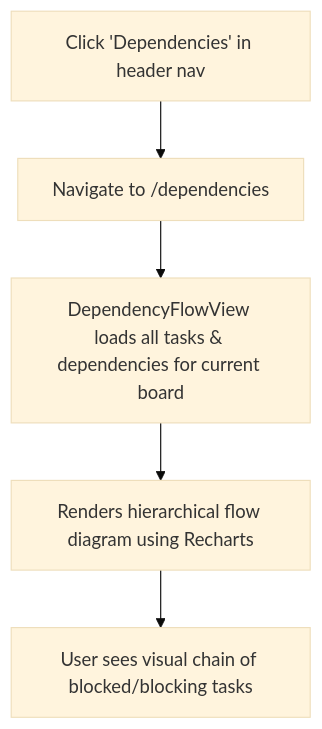
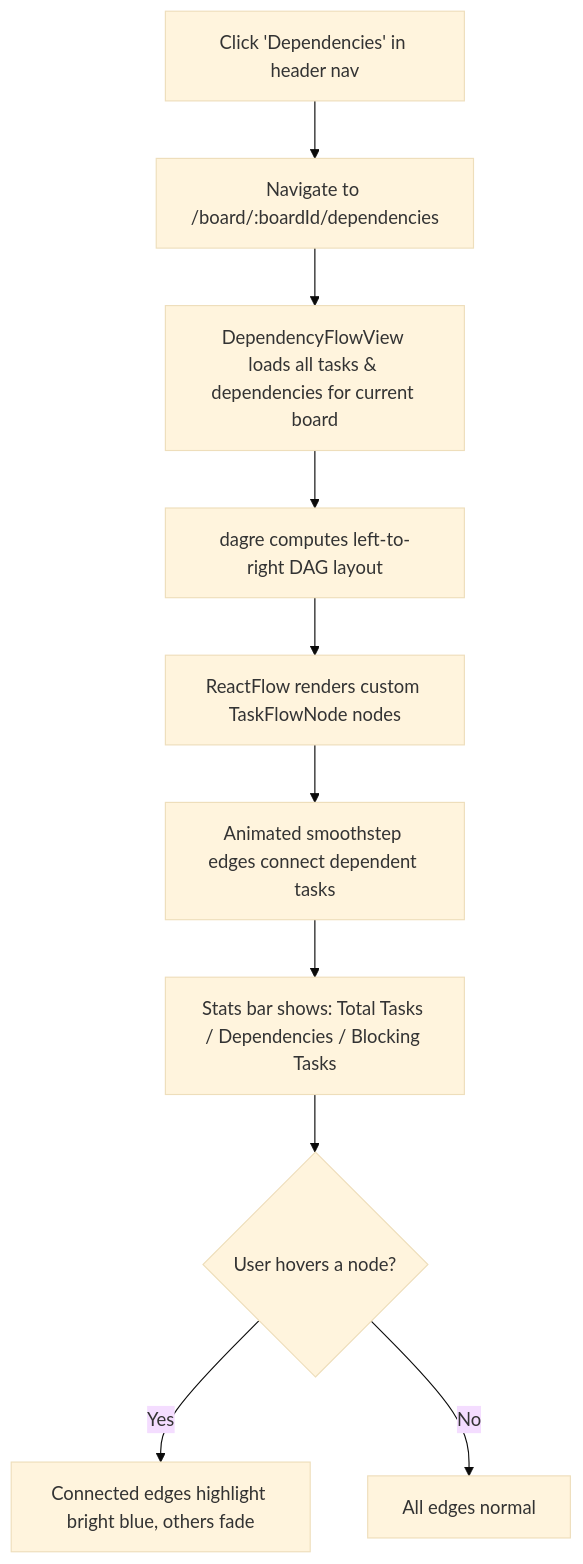
Before and after one commit to PrakritOjha/flowlink-tasks: diagram 17 of 31 in userflow.md, drawn with Mermaid (base theme). The commit also changed other lines of this file and 4 other files, not shown here.

First line of the commit message:
feat: Update user flow documentation with detailed steps for account creation, sign in, and board management

````diff
--- a/userflow.md
+++ b/userflow.md
@@ -160,7 +258,12 @@
 ```mermaid
 flowchart TD
-    A[Click 'Dependencies' in header nav] --> B[Navigate to /dependencies]
+    A[Click 'Dependencies' in header nav] --> B[Navigate to /board/:boardId/dependencies]
     B --> C[DependencyFlowView loads all tasks & dependencies for current board]
-    C --> D[Renders hierarchical flow diagram using Recharts]
-    D --> E[User sees visual chain of blocked/blocking tasks]
+    C --> D[dagre computes left-to-right DAG layout]
+    D --> E[ReactFlow renders custom TaskFlowNode nodes]
+    E --> F[Animated smoothstep edges connect dependent tasks]
+    F --> G[Stats bar shows: Total Tasks / Dependencies / Blocking Tasks]
+    G --> H{User hovers a node?}
+    H -- Yes --> I[Connected edges highlight bright blue, others fade]
+    H -- No --> J[All edges normal]
 ```
````
